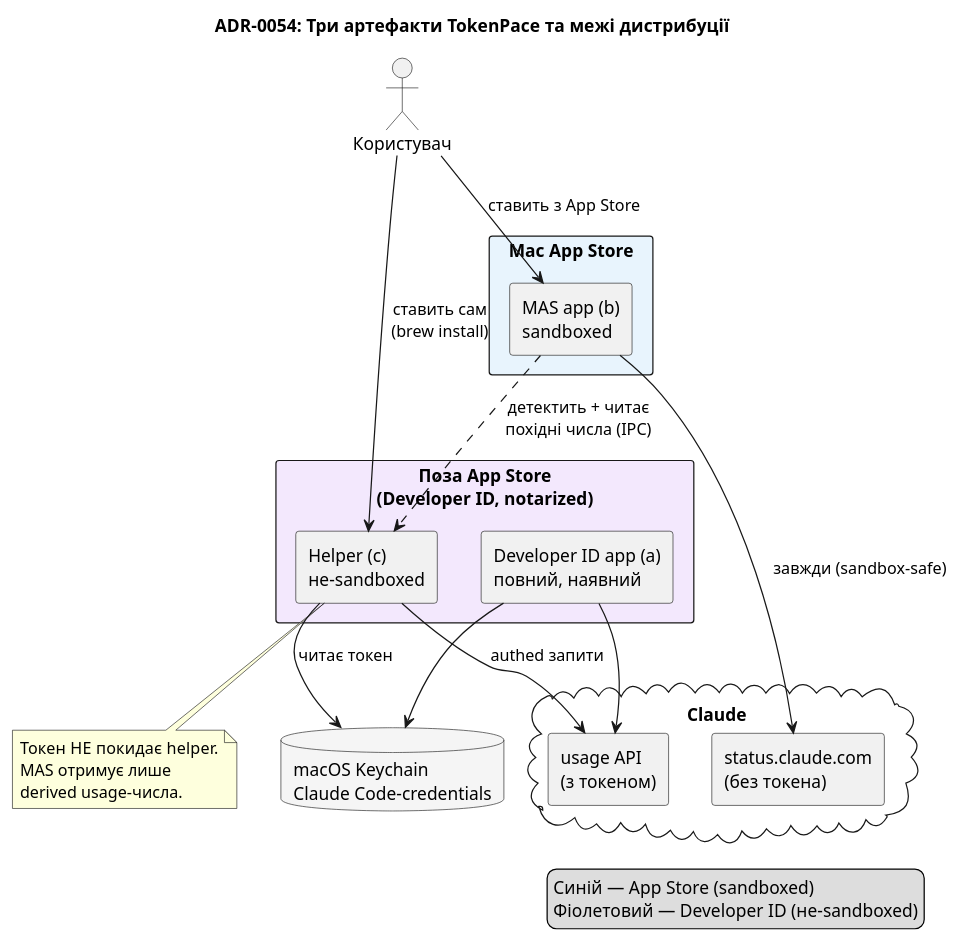
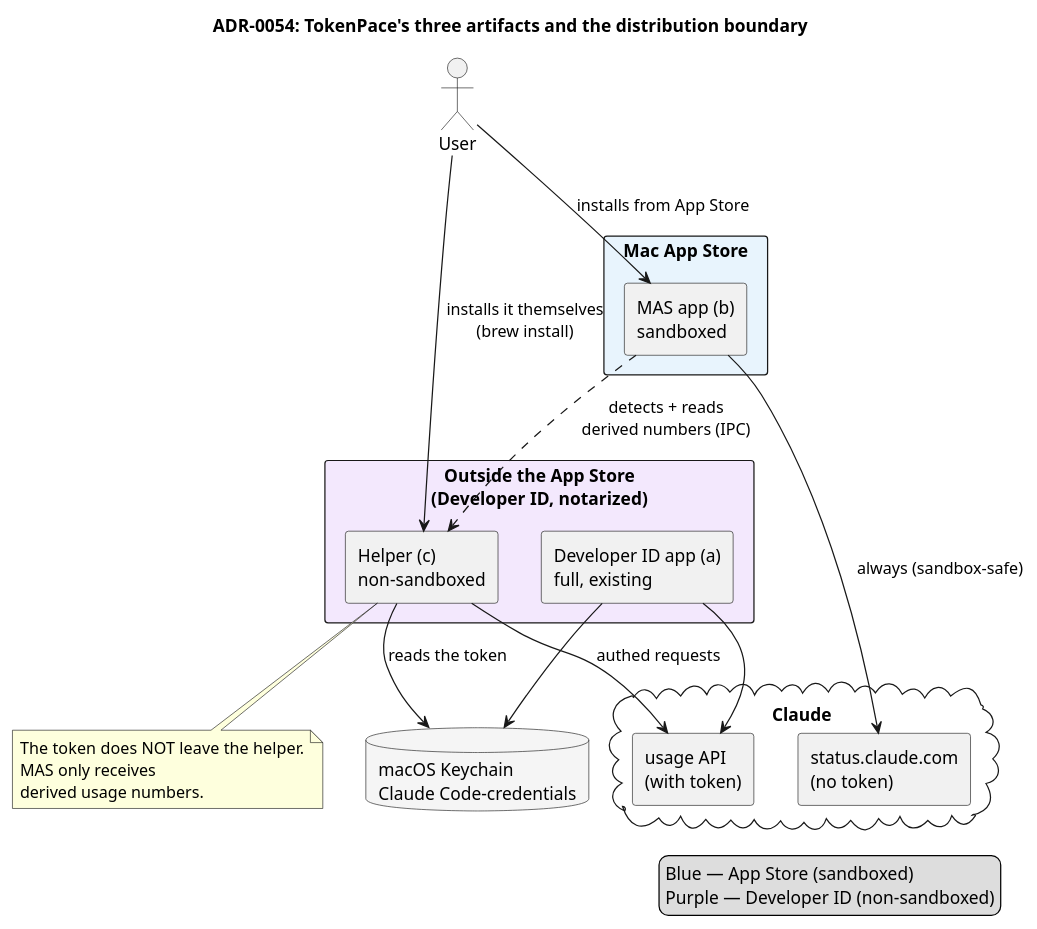
One commit to artem-from-ua/tokenpace changed the diagram in docs/adr/0054-mas-present-if-installed-helper.md. Above: the diagram before and after it, drawn with PlantUML. The commit also changed other lines of this file and 116 other files, not shown here.

````diff
--- a/docs/adr/0054-mas-present-if-installed-helper.md
+++ b/docs/adr/0054-mas-present-if-installed-helper.md
@@ -49,47 +49,47 @@
 ```plantuml
 @startuml
-title ADR-0054: Три артефакти TokenPace та межі дистрибуції
+title ADR-0054: TokenPace's three artifacts and the distribution boundary
 skinparam componentStyle rectangle
 skinparam packageStyle rectangle
 
-actor "Користувач" as User
+actor "User" as User
 
 package "Mac App Store" #E8F4FD {
   [MAS app (b)\nsandboxed] as MAS
 }
 
-package "Поза App Store\n(Developer ID, notarized)" #F3E8FD {
-  [Helper (c)\nне-sandboxed] as Helper
-  [Developer ID app (a)\nповний, наявний] as DevID
+package "Outside the App Store\n(Developer ID, notarized)" #F3E8FD {
+  [Helper (c)\nnon-sandboxed] as Helper
+  [Developer ID app (a)\nfull, existing] as DevID
 }
 
 cloud "Claude" {
-  [status.claude.com\n(без токена)] as Status
-  [usage API\n(з токеном)] as Usage
+  [status.claude.com\n(no token)] as Status
+  [usage API\n(with token)] as Usage
 }
 
 database "macOS Keychain\nClaude Code-credentials" as KC #F5F5F5
 
-User --> MAS : ставить з App Store
-User --> Helper : ставить сам\n(brew install)
+User --> MAS : installs from App Store
+User --> Helper : installs it themselves\n(brew install)
 
-MAS --> Status : завжди (sandbox-safe)
-MAS ..> Helper : детектить + читає\nпохідні числа (IPC)
+MAS --> Status : always (sandbox-safe)
+MAS ..> Helper : detects + reads\nderived numbers (IPC)
 
-Helper --> KC : читає токен
-Helper --> Usage : authed запити
+Helper --> KC : reads the token
+Helper --> Usage : authed requests
 DevID --> KC
 DevID --> Usage
 
 note bottom of Helper
-  Токен НЕ покидає helper.
-  MAS отримує лише
-  derived usage-числа.
+  The token does NOT leave the helper.
+  MAS only receives
+  derived usage numbers.
 end note
 
 legend right
-  Синій — App Store (sandboxed)
-  Фіолетовий — Developer ID (не-sandboxed)
+  Blue — App Store (sandboxed)
+  Purple — Developer ID (non-sandboxed)
 end legend
 @enduml
 ```
````
